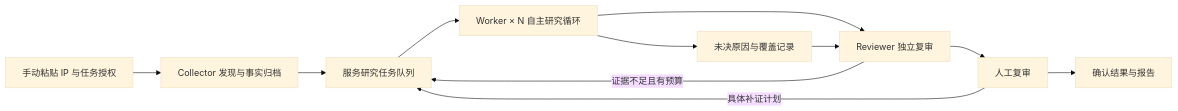
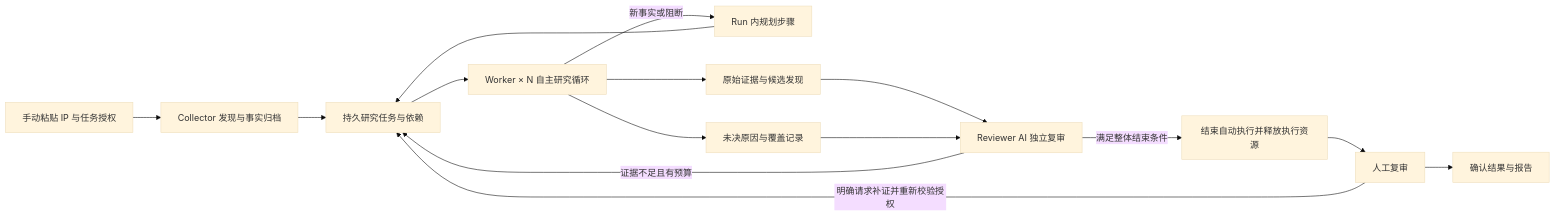
One commit to kksty/HuntWeave changed the first of 2 diagrams in PROJECT.md. Above: the diagram before and after it, drawn with Mermaid (base theme). The commit also changed other lines of this file and 7 other files, not shown here.

Commit message:
docs: clarify autonomous run architecture and review lifecycle

````diff
--- a/PROJECT.md
+++ b/PROJECT.md
@@ -122,13 +132,17 @@
 ```mermaid
 flowchart LR
     A[手动粘贴 IP 与任务授权] --> C[Collector 发现与事实归档]
-    C --> Q[服务研究任务队列]
+    C --> Q[持久研究任务与依赖]
     Q --> W[Worker × N 自主研究循环]
-    W --> R[Reviewer 独立复审]
+    W -->|新事实或阻断| P[Run 内规划步骤]
+    P --> Q
+    W --> E[原始证据与候选发现]
+    E --> R[Reviewer AI 独立复审]
     R -->|证据不足且有预算| Q
-    R --> H[人工复审]
-    H -->|具体补证计划| Q
+    R -->|满足整体结束条件| S[结束自动执行并释放执行资源]
+    S --> H[人工复审]
+    H -->|明确请求补证并重新校验授权| Q
     H --> O[确认结果与报告]
     W --> U[未决原因与覆盖记录]
     U --> R
 ```
````
